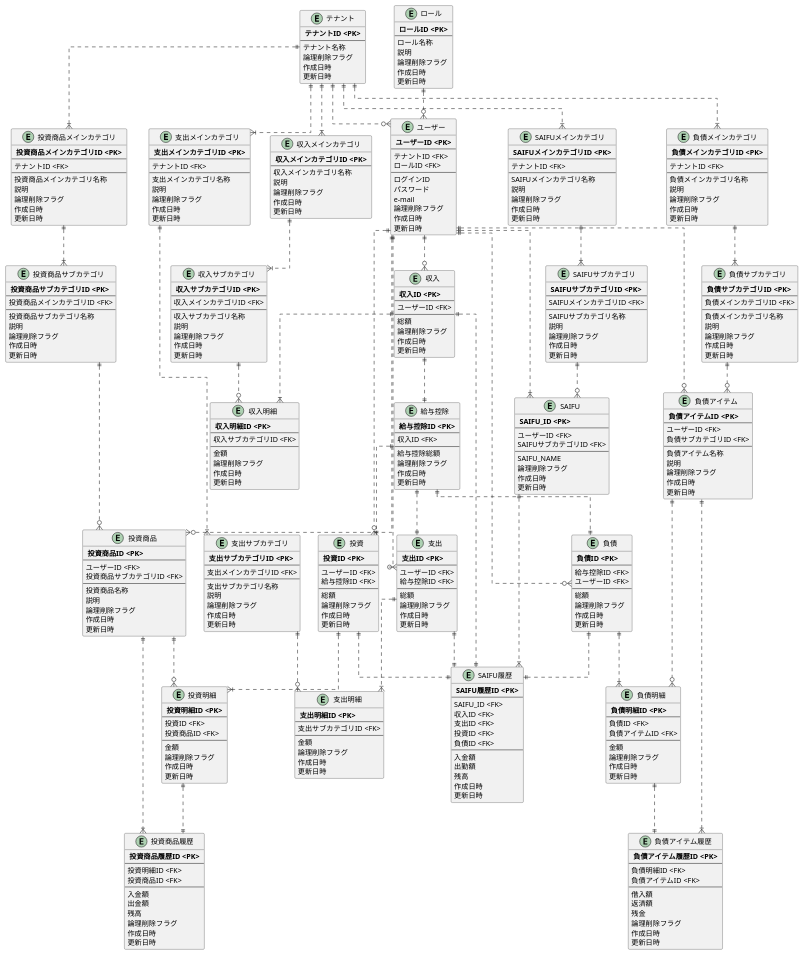
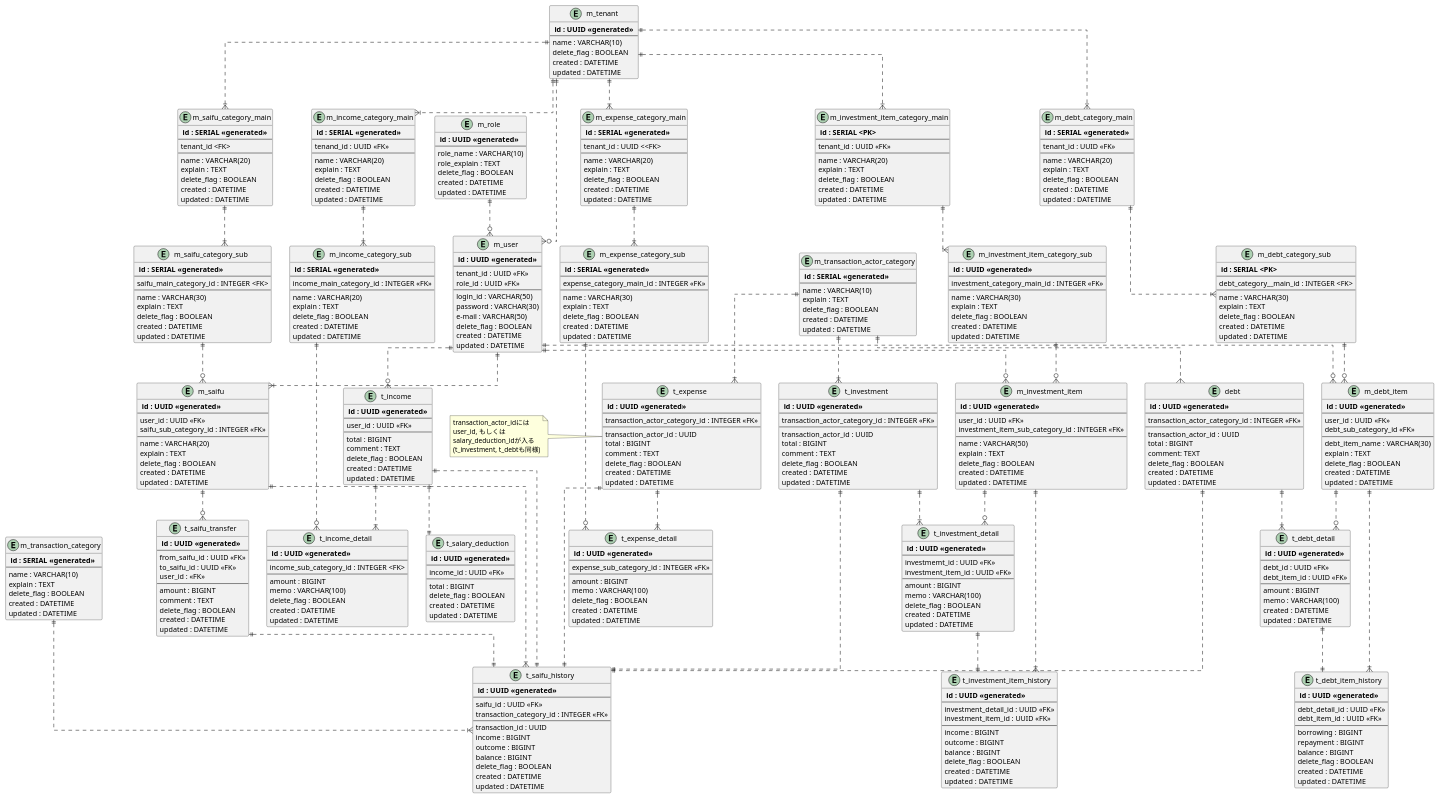
One commit to JojiKoike/saifu-docs changed the diagram in design/DB_Physical.wsd. Above: the diagram before and after it, drawn with PlantUML.

Commit message:
物理設計を一通り完了

```diff
--- a/design/DB_Physical.wsd
+++ b/design/DB_Physical.wsd
@@ -3,341 +3,384 @@
 skinparam linetype ortho
 
 ' Entity
-entity "テナント" as tenant {
-  ** テナントID <PK> **
+entity "m_tenant" as tenant{
+  ** id : UUID <<generated>> **
   --
-  テナント名称
-  論理削除フラグ
-  作成日時
-  更新日時
+  name : VARCHAR(10)
+  delete_flag : BOOLEAN
+  created : DATETIME
+  updated : DATETIME
 }
 
-entity "ユーザー" as user {
-  ** ユーザーID <PK> **
+entity "m_user" as user {
+  ** id : UUID <<generated>> **
   --
-  テナントID <FK>
-  ロールID <FK>
+  tenant_id : UUID <<FK>>
+  role_id : UUID <<FK>>
   --
-  ログインID
-  パスワード
-  e-mail
-  論理削除フラグ
-  作成日時
-  更新日時
+  login_id : VARCHAR(50)
+  password : VARCHAR(30)
+  e-mail : VARCHAR(50)
+  delete_flag : BOOLEAN
+  created : DATETIME
+  updated : DATETIME
 }
 
-entity "ロール" as role {
-  ** ロールID <PK> **
+entity "m_role" as role {
+  ** id : UUID <<generated>> **
   --
-  ロール名称
-  説明
-  論理削除フラグ
-  作成日時
-  更新日時
+  role_name : VARCHAR(10)
+  role_explain : TEXT
+  delete_flag : BOOLEAN
+  created : DATETIME
+  updated : DATETIME
 }
 
-entity "SAIFU" as saifu {
-  ** SAIFU_ID <PK> **
+entity "m_saifu" as saifu {
+  ** id : UUID <<generated>> **
   --
-  ユーザーID <FK>
-  SAIFUサブカテゴリID <FK>
+  user_id : UUID <<FK>>
+  saifu_sub_category_id : INTEGER <<FK>>
   --
-  SAIFU_NAME
-  論理削除フラグ
-  作成日時
-  更新日時
+  name : VARCHAR(20)
+  explain : TEXT
+  delete_flag : BOOLEAN
+  created : DATETIME
+  updated : DATETIME
 }
 
-entity "SAIFUメインカテゴリ" as saifuCategoryMain {
-  ** SAIFUメインカテゴリID <PK> **
+entity "m_saifu_category_main" as saifuCategoryMain {
+  ** id : SERIAL <<generated>> **
   --
-  テナントID <FK>
+  tenant_id <FK>
   --
-  SAIFUメインカテゴリ名称
-  説明
-  論理削除フラグ
-  作成日時
-  更新日時
+  name : VARCHAR(20)
+  explain : TEXT
+  delete_flag : BOOLEAN
+  created : DATETIME
+  updated : DATETIME
 }
 
-entity "SAIFUサブカテゴリ" as saifuCategorySub {
-  ** SAIFUサブカテゴリID <PK> **
+entity "m_saifu_category_sub" as saifuCategorySub {
+  ** id : SERIAL <<generated>> **
   --
-  SAIFUメインカテゴリID <FK>
+  saifu_main_category_id : INTEGER <FK>
   --
-  SAIFUサブカテゴリ名称
-  説明
-  論理削除フラグ
-  作成日時
-  更新日時
+  name : VARCHAR(30)
+  explain : TEXT
+  delete_flag : BOOLEAN
+  created : DATETIME
+  updated : DATETIME
 }
 
-entity "SAIFU履歴" as saifuHistory {
-  ** SAIFU履歴ID <PK> **
+entity "t_saifu_history" as saifuHistory {
+  ** id : UUID <<generated>> **
   --
-  SAIFU_ID <FK>
-  収入ID <FK>
-  支出ID <FK>
-  投資ID <FK>
-  負債ID <FK>
+  saifu_id : UUID <<FK>>
+  transaction_category_id : INTEGER <<FK>>
   --
-  入金額
-  出勤額
-  残高
-  作成日時
-  更新日時
+  transaction_id : UUID
+  income : BIGINT
+  outcome : BIGINT
+  balance : BIGINT
+  delete_flag : BOOLEAN
+  created : DATETIME
+  updated : DATETIME
 }
 
-entity "収入" as income {
-  ** 収入ID <PK> **
+entity "t_saifu_transfer" as saifuTransfer {
+  ** id : UUID <<generated>> **
   --
-  ユーザーID <FK>
+  from_saifu_id : UUID <<FK>>
+  to_saifu_id : UUID <<FK>>
+  user_id : <<FK>>
   --
-  総額
-  論理削除フラグ
-  作成日時
-  更新日時
+  amount : BIGINT
+  comment : TEXT
+  delete_flag : BOOLEAN
+  created : DATETIME
+  updated : DATETIME
 }
 
-entity "収入明細" as incomeDetail {
-  ** 収入明細ID <PK> **
+entity "m_transaction_category" as transactionCategory {
+  ** id : SERIAL <<generated>> **
   --
-  収入サブカテゴリID <FK>
-  --
-  金額
-  論理削除フラグ
-  作成日時
-  更新日時
+  name : VARCHAR(10)
+  explain : TEXT
+  delete_flag : BOOLEAN
+  created : DATETIME
+  updated : DATETIME
 }
 
-entity "収入メインカテゴリ" as incomeCategoryMain {
-  ** 収入メインカテゴリID <PK> **
+entity "t_income" as income {
+  ** id : UUID <<generated>> **
   --
-  収入メインカテゴリ名称
-  説明
-  論理削除フラグ
-  作成日時
-  更新日時
+  user_id : UUID <<FK>>
+  --
+  total : BIGINT
+  comment : TEXT
+  delete_flag : BOOLEAN
+  created : DATETIME
+  updated : DATETIME
 }
 
-entity "収入サブカテゴリ" as incomeCategorySub {
-  ** 収入サブカテゴリID <PK> **
+entity "t_income_detail" as incomeDetail {
+  ** id : UUID <<generated>> **
   --
-  収入メインカテゴリID <FK>
+  income_sub_category_id : INTEGER <FK>
   --
-  収入サブカテゴリ名称
-  説明
-  論理削除フラグ
-  作成日時
-  更新日時
+  amount : BIGINT
+  memo : VARCHAR(100)
+  delete_flag : BOOLEAN
+  created : DATETIME
+  updated : DATETIME
 }
 
-entity "給与控除" as salaryDeduction {
-  ** 給与控除ID <PK> **
+entity "m_income_category_main" as incomeCategoryMain {
+  ** id : SERIAL <<generated>> **
   --
-  収入ID <FK>
+  tenand_id : UUID <<FK>>
   --
-  給与控除総額
-  論理削除フラグ
-  作成日時
-  更新日時
+  name : VARCHAR(20)
+  explain : TEXT
+  delete_flag : BOOLEAN
+  created : DATETIME
+  updated : DATETIME
 }
 
-entity "支出" as expense {
-  ** 支出ID <PK> **
+entity "m_income_category_sub" as incomeCategorySub {
+  ** id : SERIAL <<generated>> **
   --
-  ユーザーID <FK>
-  給与控除ID <FK>
+  income_main_category_id : INTEGER <<FK>>
   --
-  総額
-  論理削除フラグ
-  作成日時
-  更新日時
+  name : VARCHAR(20)
+  explain : TEXT
+  delete_flag : BOOLEAN
+  created : DATETIME
+  updated : DATETIME
 }
 
-entity "支出明細" as expenseDetail {
-  ** 支出明細ID <PK> **
+entity "t_salary_deduction" as salaryDeduction {
+  ** id : UUID <<generated>> **
   --
-  支出サブカテゴリID <FK>
+  income_id : UUID <<FK>>
   --
-  金額
-  論理削除フラグ
-  作成日時
-  更新日時
+  total : BIGINT
+  delete_flag : BOOLEAN
+  created : DATETIME
+  updated : DATETIME
 }
 
-entity "支出メインカテゴリ" as expenseCategoryMain {
-  ** 支出メインカテゴリID <PK> **
+entity "m_transaction_actor_category" as transactionActorCategory {
+  ** id : SERIAL <<generated>> **
   --
-  テナントID <FK>
-  --
-  支出メインカテゴリ名称
-  説明
-  論理削除フラグ
-  作成日時
-  更新日時
+  name : VARCHAR(10)
+  explain : TEXT
+  delete_flag : BOOLEAN
+  created : DATETIME
+  updated : DATETIME
 }
 
-entity "支出サブカテゴリ" as expenseCategorySub {
-  ** 支出サブカテゴリID <PK> **
+entity "t_expense" as expense {
+  ** id : UUID <<generated>> **
   --
-  支出メインカテゴリID <FK>
+  transaction_actor_category_id : INTEGER <<FK>>
   --
-  支出サブカテゴリ名称
-  説明
-  論理削除フラグ
-  作成日時
-  更新日時
+  transaction_actor_id : UUID
+  total : BIGINT
+  comment : TEXT
+  delete_flag : BOOLEAN
+  created : DATETIME
+  updated : DATETIME
 }
 
-entity "投資" as investment {
-  ** 投資ID <PK> **
+entity "t_expense_detail" as expenseDetail {
+  ** id : UUID <<generated>> **
   --
-  ユーザーID <FK>
-  給与控除ID <FK>
+  expense_sub_category_id : INTEGER <<FK>>
   --
-  総額
-  論理削除フラグ
-  作成日時
-  更新日時
+  amount : BIGINT
+  memo : VARCHAR(100)
+  delete_flag : BOOLEAN
+  created : DATETIME
+  updated : DATETIME
 }
 
-entity "投資明細" as investmentDetail {
-  ** 投資明細ID <PK> **
+entity "m_expense_category_main" as expenseCategoryMain {
+  ** id : SERIAL <<generated>> **
   --
-  投資ID <FK>
-  投資商品ID <FK>
+  tenant_id : UUID <<FK>
   --
-  金額
-  論理削除フラグ
-  作成日時
-  更新日時
+  name : VARCHAR(20)
+  explain : TEXT
+  delete_flag : BOOLEAN
+  created : DATETIME
+  updated : DATETIME
 }
 
-entity "投資商品" as investmentItem {
-  ** 投資商品ID <PK> **
+entity "m_expense_category_sub" as expenseCategorySub {
+  ** id : SERIAL <<generated>> **
   --
-  ユーザーID <FK>
-  投資商品サブカテゴリID <FK>
+  expense_category_main_id : INTEGER <<FK>>
   --
-  投資商品名称
-  説明
-  論理削除フラグ
-  作成日時
-  更新日時
+  name : VARCHAR(30)
+  explain : TEXT
+  delete_flag : BOOLEAN
+  created : DATETIME
+  updated : DATETIME
 }
 
-entity "投資商品履歴" as investmentItemHistory {
-  ** 投資商品履歴ID <PK> **
+entity "t_investment" as investment {
+  ** id : UUID <<generated>> **
   --
-  投資明細ID <FK>
-  投資商品ID <FK>
+  transaction_actor_category_id : INTEGER <<FK>>
   --
-  入金額
-  出金額
-  残高
-  論理削除フラグ
-  作成日時
-  更新日時
+  transaction_actor_id : UUID
+  total : BIGINT
+  comment : TEXT
+  delete_flag : BOOLEAN
+  created : DATETIME
+  updated : DATETIME
 }
 
-entity "投資商品メインカテゴリ" as investmentItemCategoryMain {
-  ** 投資商品メインカテゴリID <PK> **
+entity "t_investment_detail" as investmentDetail {
+  ** id : UUID <<generated>> **
   --
-  テナントID <FK>
+  investmemt_id : UUID <<FK>>
+  investment_item_id : UUID <<FK>>
   --
-  投資商品メインカテゴリ名称
-  説明
-  論理削除フラグ
-  作成日時
-  更新日時
+  amount : BIGINT
+  memo : VARCHAR(100)
+  delete_flag : BOOLEAN
+  created : DATETIME
+  updated : DATETIME
 }
 
-entity "投資商品サブカテゴリ" as investmentItemCategorySub {
-  ** 投資商品サブカテゴリID <PK> **
+entity "m_investment_item" as investmentItem {
+  ** id : UUID <<generated>> **
   --
-  投資商品メインカテゴリID <FK>
+  user_id : UUID <<FK>>
+  investment_item_sub_category_id : INTEGER <<FK>>
   --
-  投資商品サブカテゴリ名称
-  説明
-  論理削除フラグ
-  作成日時
-  更新日時
+  name : VARCHAR(50)
+  explain : TEXT
+  delete_flag : BOOLEAN
+  created : DATETIME
+  updated : DATETIME
 }
 
-entity "負債" as debt {
-  ** 負債ID <PK> **
+entity "t_investment_item_history" as investmentItemHistory {
+  ** id : UUID <<generated>> **
   --
-  給与控除ID <FK>
-  ユーザーID <FK>
+  investment_detail_id : UUID <<FK>>
+  investment_item_id : UUID <<FK>>
   --
-  総額
-  論理削除フラグ
-  作成日時
-  更新日時
+  income : BIGINT
+  outcome : BIGINT
+  balance : BIGINT
+  delete_flag : BOOLEAN
+  created : DATETIME
+  updated : DATETIME
 }
 
-entity "負債明細" as debtDetail {
-  ** 負債明細ID <PK> **
+entity "m_investment_item_category_main" as investmentItemCategoryMain {
+  ** id : SERIAL <PK> **
   --
-  負債ID <FK>
-  負債アイテムID <FK>
+  tenant_id : UUID <<FK>>
   --
-  金額
-  論理削除フラグ
-  作成日時
-  更新日時
+  name : VARCHAR(20)
+  explain : TEXT
+  delete_flag : BOOLEAN
+  created : DATETIME
+  updated : DATETIME
 }
 
-entity "負債アイテム" as debtItem {
-  ** 負債アイテムID <PK> **
+entity "m_investment_item_category_sub" as investmentItemCategorySub {
+  ** id : UUID <<generated>> **
   --
-  ユーザーID <FK>
-  負債サブカテゴリID <FK>
+  investment_category_main_id : INTEGER <<FK>>
   --
-  負債アイテム名称
-  説明
-  論理削除フラグ
-  作成日時
-  更新日時
+  name : VARCHAR(30)
+  explain : TEXT
+  delete_flag : BOOLEAN
+  created : DATETIME
+  updated : DATETIME
 }
 
-entity "負債アイテム履歴" as debtItemHistory {
-  ** 負債アイテム履歴ID <PK> **
+entity "debt" as debt {
+  ** id : UUID <<generated>> **
   --
-  負債明細ID <FK>
-  負債アイテムID <FK>
+  transaction_actor_category_id : INTEGER <<FK>>
   --
-  借入額
-  返済額
-  残金
-  論理削除フラグ
-  作成日時
-  更新日時
+  transaction_actor_id : UUID
+  total : BIGINT
+  comment: TEXT
+  delete_flag : BOOLEAN
+  created : DATETIME
+  updated : DATETIME
 }
 
-entity "負債メインカテゴリ" as debtCategoryMain {
-  ** 負債メインカテゴリID <PK> **
+entity "t_debt_detail" as debtDetail {
+  ** id : UUID <<generated>> **
   --
-  テナントID <FK>
+  debt_id : UUID <<FK>>
+  debt_item_id : UUID <<FK>>
   --
-  負債メインカテゴリ名称
-  説明
-  論理削除フラグ
-  作成日時
-  更新日時
+  amount : BIGINT
+  memo : VARCHAR(100)
+  created : DATETIME
+  updated : DATETIME
 }
 
-entity "負債サブカテゴリ" as debtCategorySub {
-  ** 負債サブカテゴリID <PK> **
+entity "m_debt_item" as debtItem {
+  ** id : UUID <<generated>> **
   --
-  負債メインカテゴリID <FK>
+  user_id : UUID <<FK>>
+  debt_sub_category_id <<FK>>
   --
-  負債メインカテゴリ名称
-  説明
-  論理削除フラグ
-  作成日時
-  更新日時
+  debt_item_name : VARCHAR(30)
+  explain : TEXT
+  delete_flag : BOOLEAN
+  created : DATETIME
+  updated : DATETIME
+}
+
+entity "t_debt_item_history" as debtItemHistory {
+  ** id : UUID <<generated>> **
+  --
+  debt_detail_id : UUID <<FK>>
+  debt_item_id : UUID <<FK>>
+  --
+  borrowing : BIGINT
+  repayment : BIGINT
+  balance : BIGINT
+  delete_flag : BOOLEAN
+  created : DATETIME
+  updated : DATETIME
+}
+
+entity "m_debt_category_main" as debtCategoryMain {
+  ** id : SERIAL <<generated>> **
+  --
+  tenant_id : UUID <<FK>>
+  --
+  name : VARCHAR(20)
+  explain : TEXT
+  delete_flag : BOOLEAN
+  created : DATETIME
+  updated : DATETIME
+}
+
+entity "m_debt_category_sub" as debtCategorySub {
+  ** id : SERIAL <PK> **
+  --
+  debt_category__main_id : INTEGER <FK>
+  --
+  name : VARCHAR(30)
+  explain : TEXT
+  delete_flag : BOOLEAN
+  created : DATETIME
+  updated : DATETIME
 }
 
 ' Relation
@@ -352,6 +395,9 @@
 tenant ||..|{saifuCategoryMain
 saifuCategoryMain ||..|{saifuCategorySub
 saifuCategorySub ||..o{saifu
+transactionCategory ||..|{saifuHistory
+saifu ||..o{saifuTransfer
+saifuTransfer ||..|| saifuHistory
 
 ' Income
 tenant ||..|{incomeCategoryMain
@@ -361,40 +407,45 @@
 income ||..|{incomeDetail
 income ||..||saifuHistory
 income ||..||salaryDeduction
-salaryDeduction ||..||investment
-salaryDeduction ||..||expense
-salaryDeduction ||..||debt
 
 ' Expense
 tenant ||..|{expenseCategoryMain
 expenseCategoryMain ||..|{expenseCategorySub
 expenseCategorySub ||..o{expenseDetail
+transactionActorCategory ||..|{expense
 expense ||..|{expenseDetail
 expense ||..||saifuHistory
-user ||..o{expense
 
 ' Investment
 tenant ||..|{investmentItemCategoryMain
 investmentItemCategoryMain ||..|{investmentItemCategorySub
 investmentItemCategorySub ||..o{investmentItem
+transactionActorCategory ||..|{investment
 investment ||..|{investmentDetail
 investment ||..||saifuHistory
 investmentDetail ||..||investmentItemHistory
 investmentItem ||..|{investmentItemHistory
 investmentItem ||..o{investmentDetail
-user ||..o{investment
 user ||..o{investmentItem
 
 ' Debt
 tenant ||..|{debtCategoryMain
 debtCategoryMain ||..|{debtCategorySub
 debtCategorySub ||..o{debtItem
+transactionActorCategory ||..{debt
 debt ||..|{debtDetail
 debt ||..||saifuHistory
 debtDetail ||..||debtItemHistory
 debtItem ||..o{debtDetail
 debtItem ||..|{debtItemHistory
-user ||..o{debt
 user ||..o{debtItem
 
+' Note
+note left of expense
+transaction_actor_idには
+user_id, もしくは
+salary_deduction_idが入る
+(t_investment, t_debtも同様)
+end note
+
 @enduml
```
